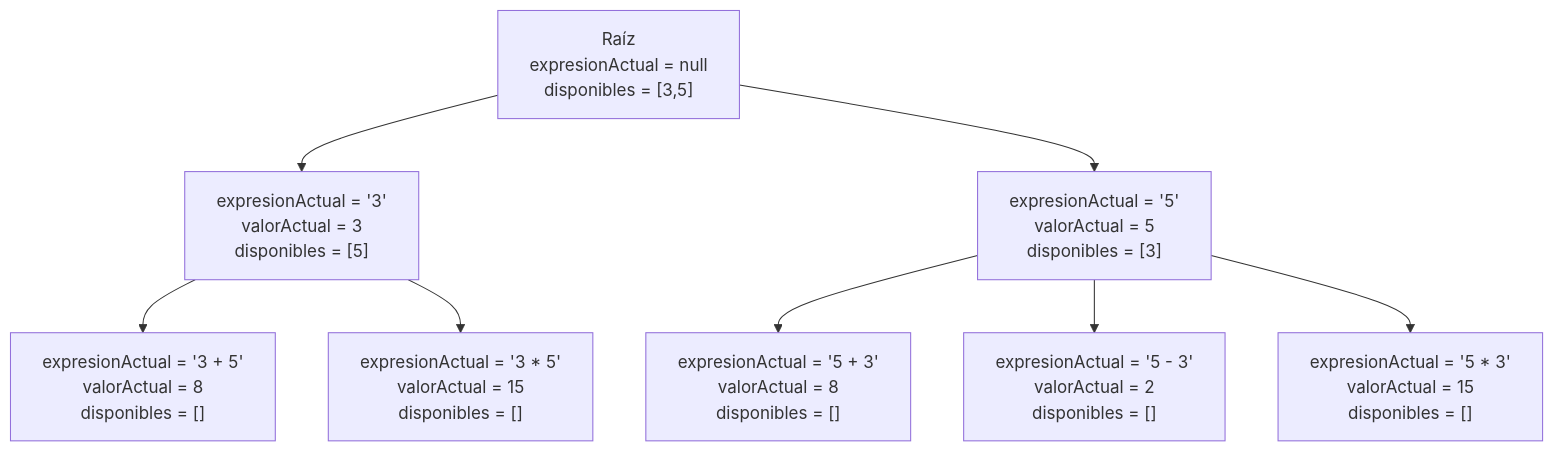
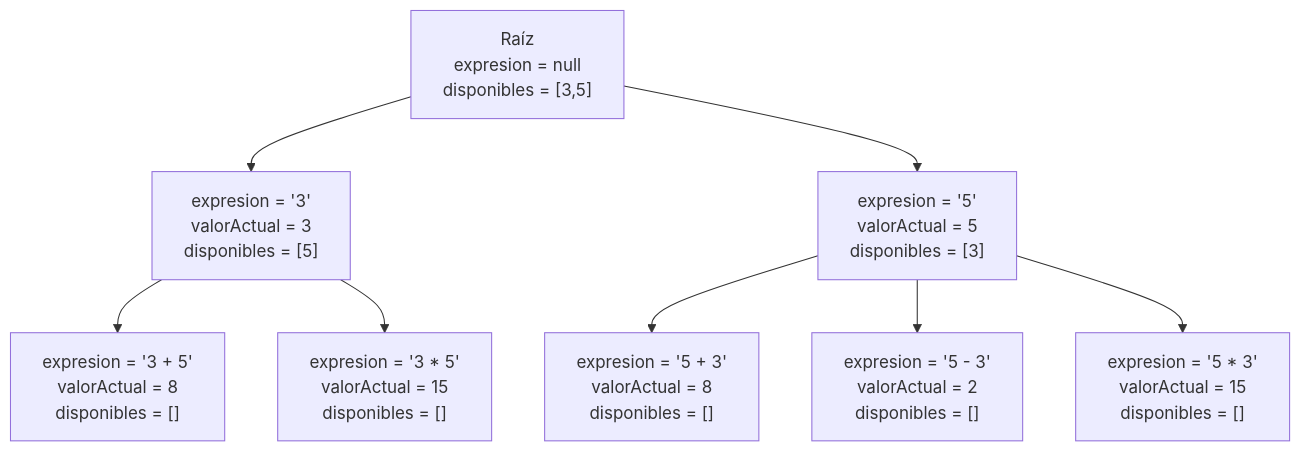
The diagram in enunciados/lab3.md (adsw-upm/adsw-laboratorios), drawn with Mermaid before and after one commit.

Commit message:
Fix formatting in lab3.md for expressions

````diff
--- a/enunciados/lab3.md
+++ b/enunciados/lab3.md
@@ -35,23 +35,23 @@
 ```mermaid
 flowchart TD
-   R["Raíz<br/>expresionActual = null<br/>disponibles = [3,5]"]
+   R["Raíz<br/>expresion = null<br/>disponibles = [3,5]"]
 
-   N3["expresionActual = '3'<br/>valorActual = 3<br/>disponibles = [5]"]
-   N5["expresionActual = '5'<br/>valorActual = 5<br/>disponibles = [3]"]
+   N3["expresion = '3'<br/>valorActual = 3<br/>disponibles = [5]"]
+   N5["expresion = '5'<br/>valorActual = 5<br/>disponibles = [3]"]
 
-   N35s["expresionActual = '3 + 5'<br/>valorActual = 8<br/>disponibles = []"]
-   N35m["expresionActual = '3 * 5'<br/>valorActual = 15<br/>disponibles = []"]
-   N53s["expresionActual = '5 + 3'<br/>valorActual = 8<br/>disponibles = []"]
-   N53r["expresionActual = '5 - 3'<br/>valorActual = 2<br/>disponibles = []"]
-   N53m["expresionActual = '5 * 3'<br/>valorActual = 15<br/>disponibles = []"]
+   N35s["expresion = '3 + 5'<br/>valorActual = 8<br/>disponibles = []"]
+   N35m["expresion = '3 * 5'<br/>valorActual = 15<br/>disponibles = []"]
+   N53s["expresion = '5 + 3'<br/>valorActual = 8<br/>disponibles = []"]
+   N53r["expresion = '5 - 3'<br/>valorActual = 2<br/>disponibles = []"]
+   N53m["expresion = '5 * 3'<br/>valorActual = 15<br/>disponibles = []"]
 
    R --> N3
    R --> N5
 
    N3 --> N35s
    N3 --> N35m
 
    N5 --> N53s
    N5 --> N53r
    N5 --> N53m
 ```
````
